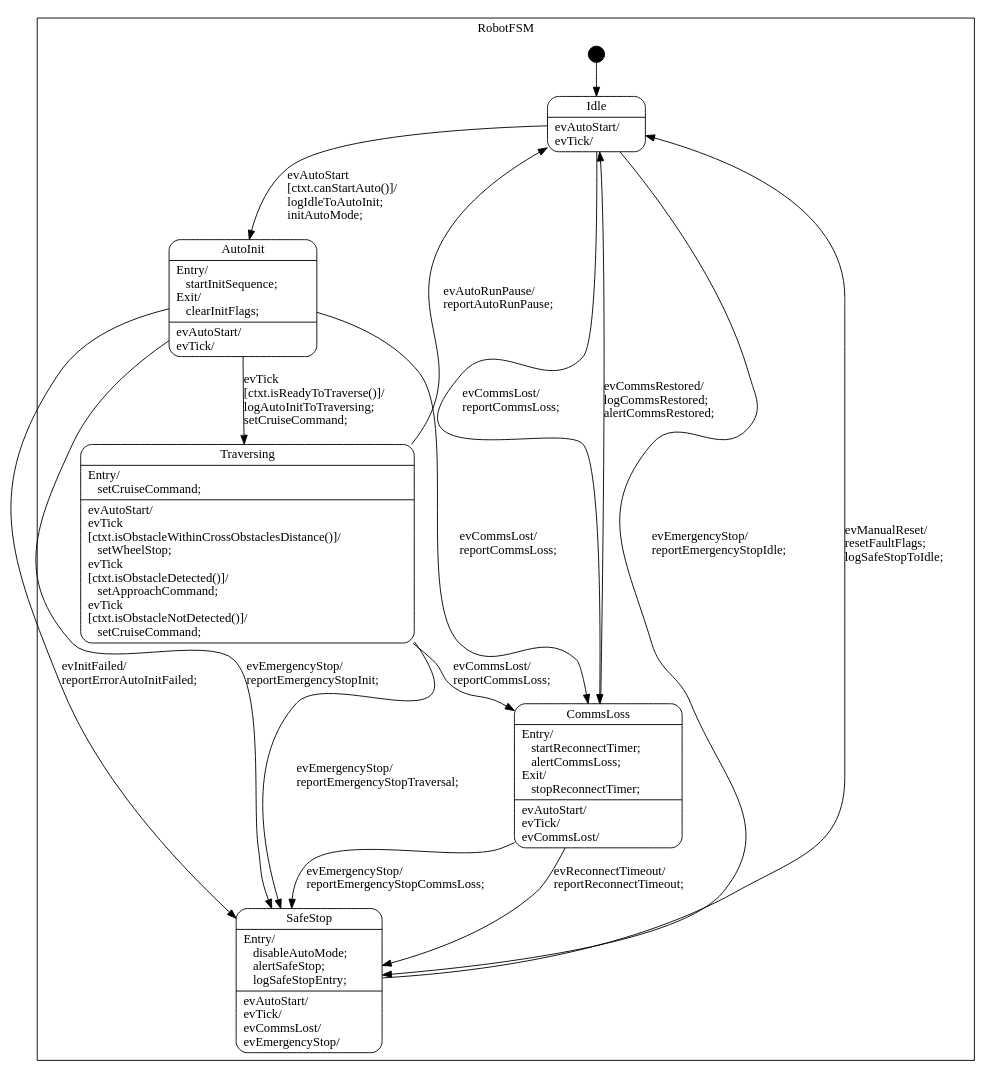
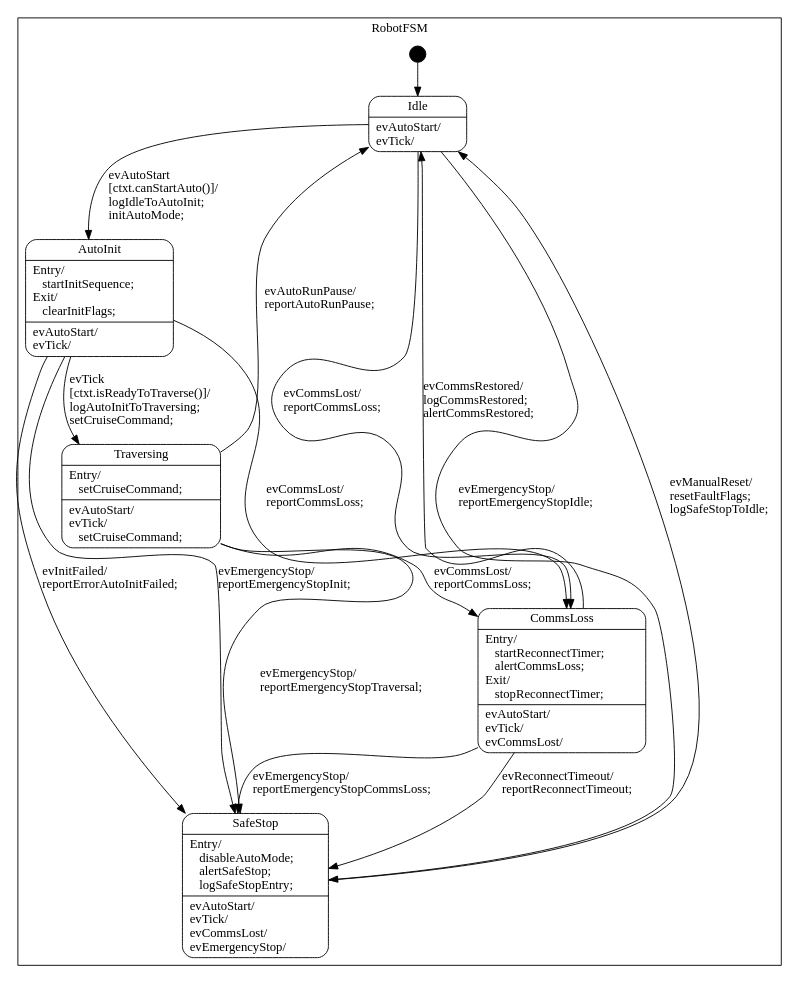
Before and after one commit to major173/b29_control: the diagram in b29_controllers/b29_smc_auto_controller/gen/RobotFSM_sm.dot, drawn with Graphviz. The commit also changed 44 other files, not shown here.

Commit message:
Update the communication protocol, migrate the state‑switching logic to the lower‑level controller, and add obstacle‑crossing direction determination based on drive wheel odometry.

```diff
--- a/b29_controllers/b29_smc_auto_controller/gen/RobotFSM_sm.dot
+++ b/b29_controllers/b29_smc_auto_controller/gen/RobotFSM_sm.dot
@@ -1,81 +1,81 @@
 digraph RobotFSM {
 
     node
         [shape=Mrecord width=1.5];
 
     subgraph cluster_RobotFSM {
 
         label="RobotFSM";
 
         //
         // States (Nodes)
         //
 
         "RobotFSM::Idle"
             [label="{Idle|evAutoStart/\levTick/\l}"];
 
         "RobotFSM::AutoInit"
             [label="{AutoInit|Entry/\l&nbsp;&nbsp;&nbsp;startInitSequence;\lExit/\l&nbsp;&nbsp;&nbsp;clearInitFlags;\l|evAutoStart/\levTick/\l}"];
 
         "RobotFSM::Traversing"
-            [label="{Traversing|Entry/\l&nbsp;&nbsp;&nbsp;setCruiseCommand;\l|evAutoStart/\levTick\l\[ctxt.isObstacleWithinCrossObstaclesDistance()\]/\l&nbsp;&nbsp;&nbsp;setWheelStop;\levTick\l\[ctxt.isObstacleDetected()\]/\l&nbsp;&nbsp;&nbsp;setApproachCommand;\levTick\l\[ctxt.isObstacleNotDetected()\]/\l&nbsp;&nbsp;&nbsp;setCruiseCommand;\l}"];
+            [label="{Traversing|Entry/\l&nbsp;&nbsp;&nbsp;setCruiseCommand;\l|evAutoStart/\levTick/\l&nbsp;&nbsp;&nbsp;setCruiseCommand;\l}"];
 
         "RobotFSM::CommsLoss"
             [label="{CommsLoss|Entry/\l&nbsp;&nbsp;&nbsp;startReconnectTimer;\l&nbsp;&nbsp;&nbsp;alertCommsLoss;\lExit/\l&nbsp;&nbsp;&nbsp;stopReconnectTimer;\l|evAutoStart/\levTick/\levCommsLost/\l}"];
 
         "RobotFSM::SafeStop"
             [label="{SafeStop|Entry/\l&nbsp;&nbsp;&nbsp;disableAutoMode;\l&nbsp;&nbsp;&nbsp;alertSafeStop;\l&nbsp;&nbsp;&nbsp;logSafeStopEntry;\l|evAutoStart/\levTick/\levCommsLost/\levEmergencyStop/\l}"];
 
         "%start"
             [label="" shape=circle style=filled fillcolor=black width=0.25];
 
         //
         // Transitions (Edges)
         //
 
         "RobotFSM::Idle" -> "RobotFSM::AutoInit"
             [label="evAutoStart\l\[ctxt.canStartAuto()\]/\llogIdleToAutoInit;\linitAutoMode;\l"];
 
         "RobotFSM::Idle" -> "RobotFSM::CommsLoss"
             [label="evCommsLost/\lreportCommsLoss;\l"];
 
         "RobotFSM::Idle" -> "RobotFSM::SafeStop"
             [label="evEmergencyStop/\lreportEmergencyStopIdle;\l"];
 
         "RobotFSM::AutoInit" -> "RobotFSM::Traversing"
             [label="evTick\l\[ctxt.isReadyToTraverse()\]/\llogAutoInitToTraversing;\lsetCruiseCommand;\l"];
 
         "RobotFSM::AutoInit" -> "RobotFSM::SafeStop"
             [label="evInitFailed/\lreportErrorAutoInitFailed;\l"];
 
         "RobotFSM::AutoInit" -> "RobotFSM::CommsLoss"
             [label="evCommsLost/\lreportCommsLoss;\l"];
 
         "RobotFSM::AutoInit" -> "RobotFSM::SafeStop"
             [label="evEmergencyStop/\lreportEmergencyStopInit;\l"];
 
         "RobotFSM::Traversing" -> "RobotFSM::Idle"
             [label="evAutoRunPause/\lreportAutoRunPause;\l"];
 
         "RobotFSM::Traversing" -> "RobotFSM::CommsLoss"
             [label="evCommsLost/\lreportCommsLoss;\l"];
 
         "RobotFSM::Traversing" -> "RobotFSM::SafeStop"
             [label="evEmergencyStop/\lreportEmergencyStopTraversal;\l"];
 
         "RobotFSM::CommsLoss" -> "RobotFSM::Idle"
             [label="evCommsRestored/\llogCommsRestored;\lalertCommsRestored;\l"];
 
         "RobotFSM::CommsLoss" -> "RobotFSM::SafeStop"
             [label="evReconnectTimeout/\lreportReconnectTimeout;\l"];
 
         "RobotFSM::CommsLoss" -> "RobotFSM::SafeStop"
             [label="evEmergencyStop/\lreportEmergencyStopCommsLoss;\l"];
 
         "RobotFSM::SafeStop" -> "RobotFSM::Idle"
             [label="evManualReset/\lresetFaultFlags;\llogSafeStopToIdle;\l"];
 
         "%start" -> "RobotFSM::Idle"
     }
 
 }
```
